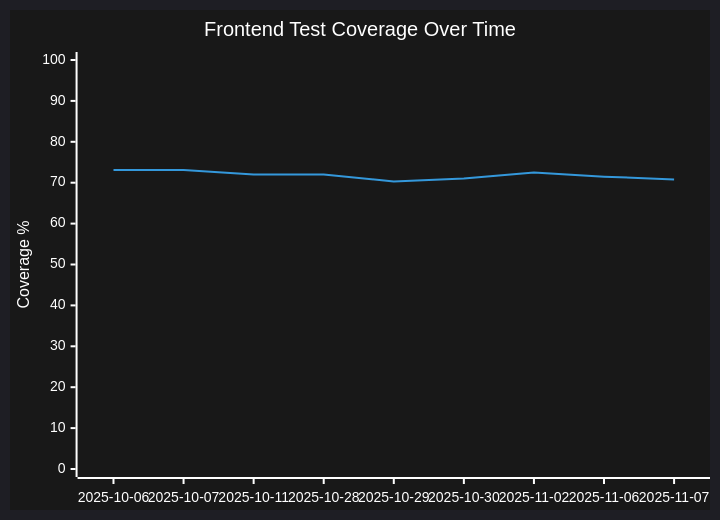
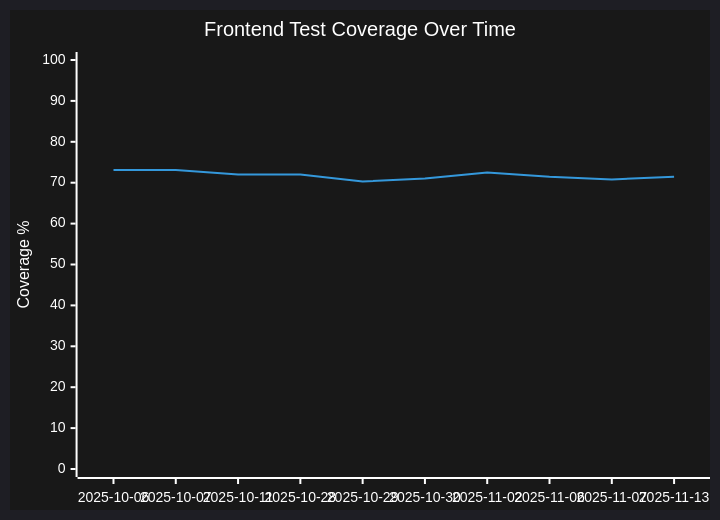
Before and after one commit to dianlight/srat: the second of 3 diagrams in docs/TEST_COVERAGE.md, drawn with Mermaid. The commit also changed other lines of this file and 1 other file, not shown here.

````diff
--- a/docs/TEST_COVERAGE.md
+++ b/docs/TEST_COVERAGE.md
@@ -170,8 +170,8 @@
 ```mermaid
 %%{init: {'theme':'dark', 'themeVariables': { 'primaryColor':'#222','primaryTextColor':'#fff','primaryBorderColor':'#388E3C','lineColor':'#2196F3','secondaryColor':'#FFC107','tertiaryColor':'#fff','background':'#181818'}}}%%
 xychart-beta
   title "Frontend Test Coverage Over Time"
-  x-axis [2025-10-06, 2025-10-07, 2025-10-11, 2025-10-28, 2025-10-29, 2025-10-30, 2025-11-02, 2025-11-06, 2025-11-07]
+  x-axis [2025-10-06, 2025-10-07, 2025-10-11, 2025-10-28, 2025-10-29, 2025-10-30, 2025-11-02, 2025-11-06, 2025-11-07, 2025-11-13]
   y-axis "Coverage %" 0 --> 100
-  line [73.11, 73.11, 72.0, 72.0, 70.30, 71.0, 72.51, 71.48, 70.81]
+  line [73.11, 73.11, 72.0, 72.0, 70.30, 71.0, 72.51, 71.48, 70.81, 71.48]
 ```
````
